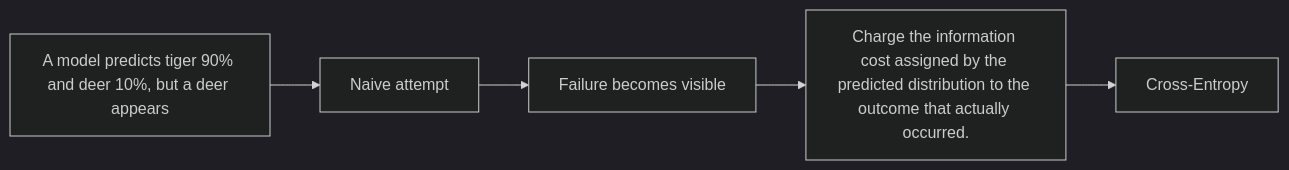
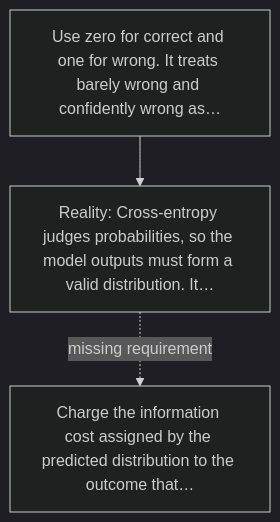
The diagram in excavations/021-cross-entropy/diagram.md (kleem-labs/AI-Archaeology), drawn with Mermaid (dark theme) before and after one commit. The commit also changed other lines of this file and 288 other files, not shown here.

````diff
--- a/excavations/021-cross-entropy/diagram.md
+++ b/excavations/021-cross-entropy/diagram.md
@@ -3,7 +5,5 @@
-~~~mermaid
-flowchart LR
- A["A model predicts tiger 90% and deer 10%, but a deer appears"] --> B["Naive attempt"]
- B --> C["Failure becomes visible"]
- C --> D["Charge the information cost assigned by the predicted distribution to the outcome that actually occurred."]
- D --> E["Cross-Entropy"]
-~~~
+```mermaid
+flowchart TD
+    A["Use zero for correct and one for wrong. It treats barely wrong and confidently wrong as…"] --> B["Reality: Cross-entropy judges probabilities, so the model outputs must form a valid distribution. It…"]
+    B -. "missing requirement" .-> C["Charge the information cost assigned by the predicted distribution to the outcome that…"]
+```
````
